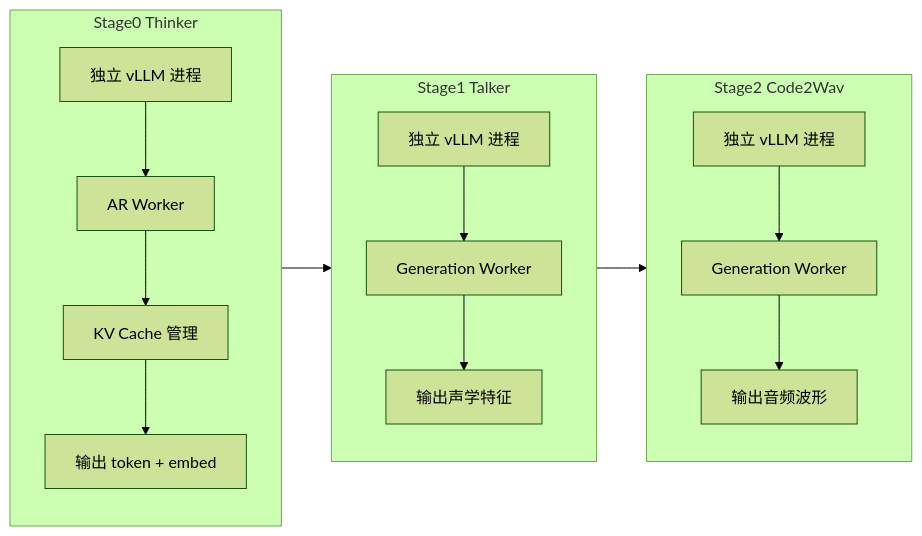
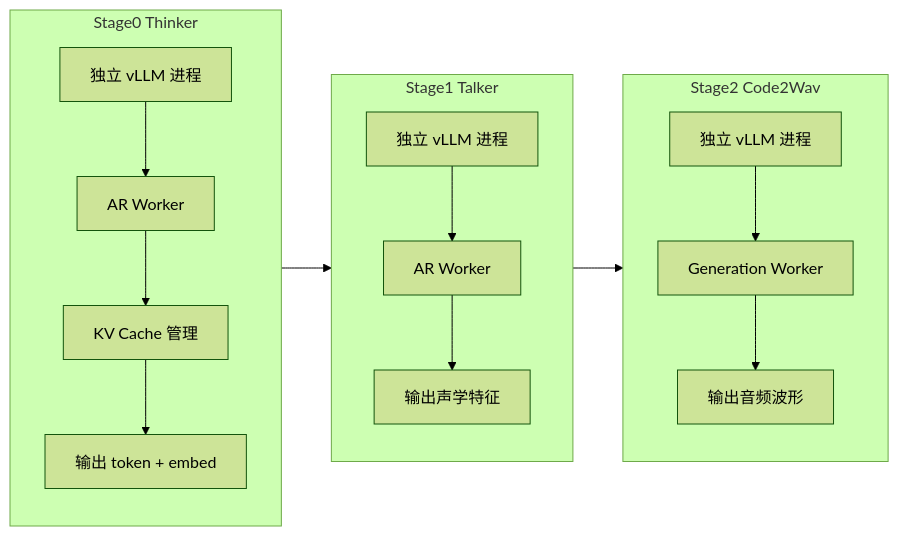
Before and after one commit to keyuanweb/ai-learning-path: the first of 2 diagrams in vllm-omni-learning-path/02-多阶段流水线核心/01-流水线架构概念.md, drawn with Mermaid (forest theme). The commit also changed other lines of this file and 176 other files, not shown here.

First line of the commit message:
docs: 全仓库文档校对修复——错别字/失效链接/Mermaid图/源码引用

````diff
--- a/vllm-omni-learning-path/02-多阶段流水线核心/01-流水线架构概念.md
+++ b/vllm-omni-learning-path/02-多阶段流水线核心/01-流水线架构概念.md
@@ -26,13 +26,13 @@
 ```mermaid
 flowchart LR
   subgraph s0 [Stage0 Thinker]
     s0a[独立 vLLM 进程] --> s0b[AR Worker] --> s0c[KV Cache 管理] --> s0d["输出 token + embed"]
   end
   subgraph s1 [Stage1 Talker]
-    s1a[独立 vLLM 进程] --> s1b[Generation Worker] --> s1c[输出声学特征]
+    s1a[独立 vLLM 进程] --> s1b[AR Worker] --> s1c[输出声学特征]
   end
   subgraph s2 [Stage2 Code2Wav]
     s2a[独立 vLLM 进程] --> s2b[Generation Worker] --> s2c[输出音频波形]
   end
   s0 --> s1 --> s2
 ```
````
